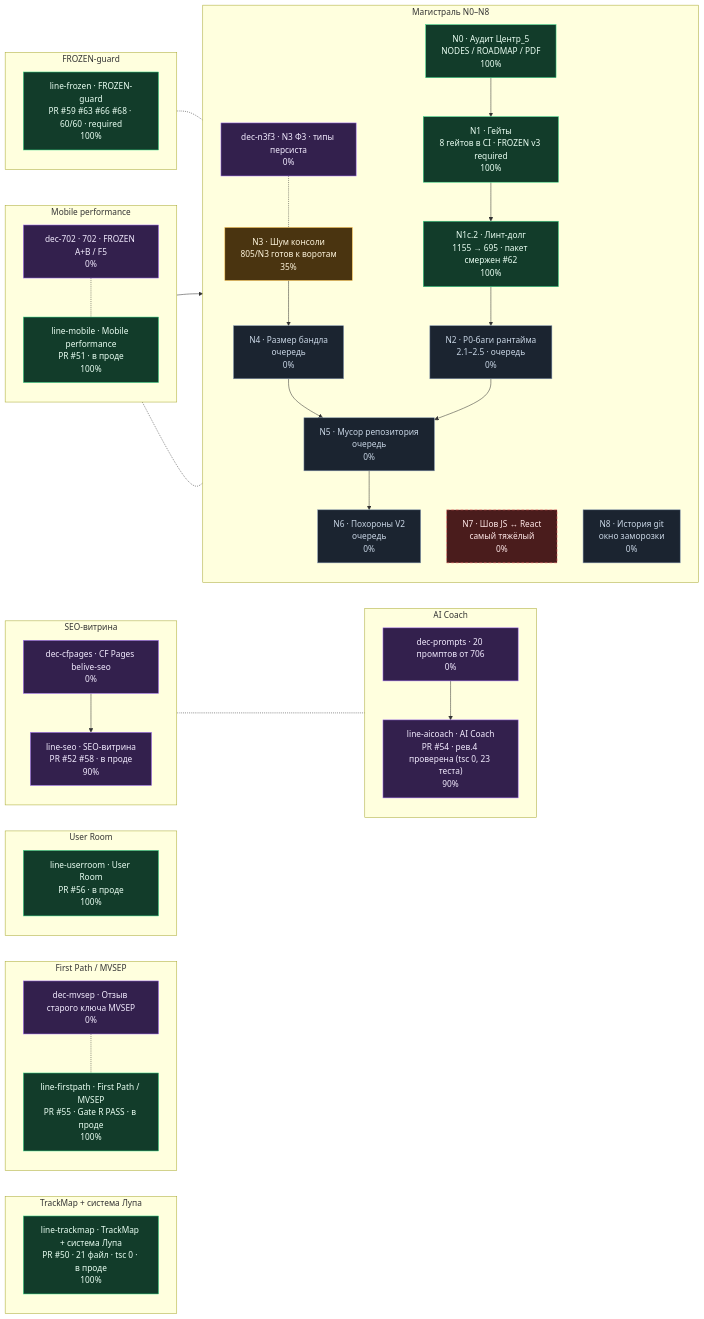
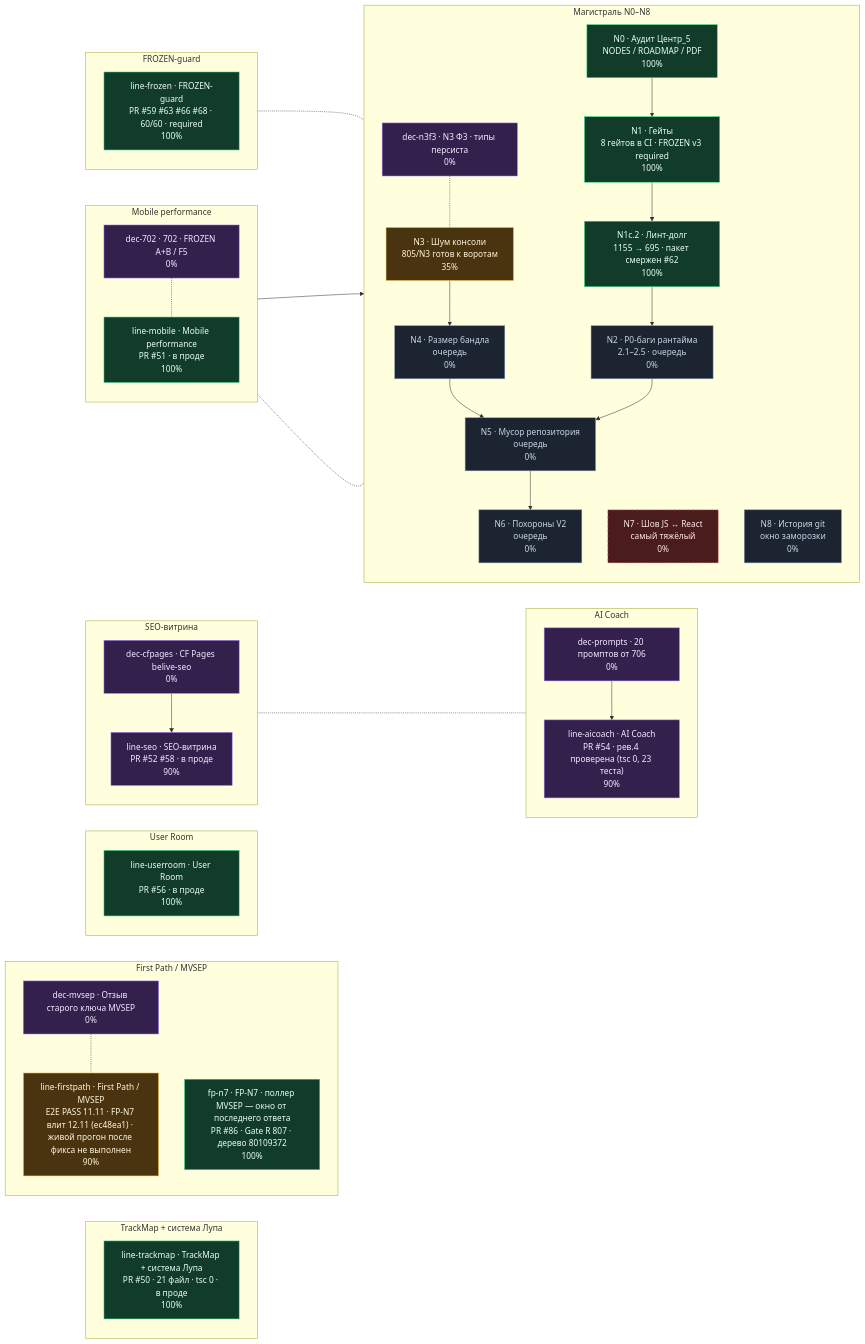
The diagram in docs/roadmap/ROADMAP.md (side-chaine/beLive), drawn with Mermaid before and after one commit. The commit also changed other lines of this file and 2 other files, not shown here.

First line of the commit message:
docs(roadmap): линия First Path — active 90% вместо ложного done, узел fp-n7

````diff
--- a/docs/roadmap/ROADMAP.md
+++ b/docs/roadmap/ROADMAP.md
@@ -12,81 +12,82 @@
 ```mermaid
 %% Единый граф · beLive · сплошная — жёсткая зависимость, пунктир — «связано»
 flowchart LR
   subgraph Dtrunk["Магистраль N0–N8"]
     direction TB
     N0["N0 · Аудит Центр_5<br/>NODES / ROADMAP / PDF<br/>100%"]:::done
     N1["N1 · Гейты<br/>8 гейтов в CI · FROZEN v3 required<br/>100%"]:::done
     N1c_2["N1c.2 · Линт-долг<br/>1155 → 695 · пакет смержен #62<br/>100%"]:::done
     N2["N2 · P0-баги рантайма<br/>2.1–2.5 · очередь<br/>0%"]:::queued
     N3["N3 · Шум консоли<br/>805/N3 готов к воротам<br/>35%"]:::active
     N4["N4 · Размер бандла<br/>очередь<br/>0%"]:::queued
     N5["N5 · Мусор репозитория<br/>очередь<br/>0%"]:::queued
     N6["N6 · Похороны V2<br/>очередь<br/>0%"]:::queued
     N7["N7 · Шов JS ↔ React<br/>самый тяжёлый<br/>0%"]:::risk
     N8["N8 · История git<br/>окно заморозки<br/>0%"]:::queued
     dec_n3f3["dec-n3f3 · N3 Ф3 · типы персиста<br/>0%"]:::waiting
   end
 
   subgraph Dtrackmap["TrackMap + система Лупа"]
     direction TB
     line_trackmap["line-trackmap · TrackMap + система Лупа<br/>PR #50 · 21 файл · tsc 0 · в проде<br/>100%"]:::done
   end
 
   subgraph Dfirstpath["First Path / MVSEP"]
     direction TB
     dec_mvsep["dec-mvsep · Отзыв старого ключа MVSEP<br/>0%"]:::waiting
-    line_firstpath["line-firstpath · First Path / MVSEP<br/>PR #55 · Gate R PASS · в проде<br/>100%"]:::done
+    line_firstpath["line-firstpath · First Path / MVSEP<br/>E2E PASS 11.11 · FP-N7 влит 12.11 (ec48ea1) · живой прогон после фикса не выполнен<br/>90%"]:::active
+    fp_n7["fp-n7 · FP-N7 · поллер MVSEP — окно от последнего ответа<br/>PR #86 · Gate R 807 · дерево 80109372<br/>100%"]:::done
   end
 
   subgraph Duserroom["User Room"]
     direction TB
     line_userroom["line-userroom · User Room<br/>PR #56 · в проде<br/>100%"]:::done
   end
 
   subgraph Dmobile["Mobile performance"]
     direction TB
     dec_702["dec-702 · 702 · FROZEN A+B / F5<br/>0%"]:::waiting
     line_mobile["line-mobile · Mobile performance<br/>PR #51 · в проде<br/>100%"]:::done
   end
 
   subgraph Dseo["SEO-витрина"]
     direction TB
     dec_cfpages["dec-cfpages · CF Pages belive-seo<br/>0%"]:::waiting
     line_seo["line-seo · SEO-витрина<br/>PR #52 #58 · в проде<br/>90%"]:::waiting
   end
 
   subgraph Daicoach["AI Coach"]
     direction TB
     dec_prompts["dec-prompts · 20 промптов от 706<br/>0%"]:::waiting
     line_aicoach["line-aicoach · AI Coach<br/>PR #54 · рев.4 проверена (tsc 0, 23 теста)<br/>90%"]:::waiting
   end
 
   subgraph Dfrozen["FROZEN-guard"]
     direction TB
     line_frozen["line-frozen · FROZEN-guard<br/>PR #59 #63 #66 #68 · 60/60 · required<br/>100%"]:::done
   end
 
   N0 --> N1
   N1 --> N1c_2
   N1c_2 --> N2
   N3 --> N4
   N4 --> N5
   N2 --> N5
   N5 --> N6
   dec_702 --> N2
   dec_prompts --> line_aicoach
   dec_cfpages --> line_seo
   dec_n3f3 -.- N3
   dec_mvsep -.- line_firstpath
   dec_702 -.- line_mobile
   line_seo -.- line_aicoach
   line_mobile -.- N2
   line_frozen -.- N1
 
   classDef done fill:#123c2a,stroke:#39d98a,color:#eafff3;
   classDef active fill:#4a3410,stroke:#ffc44d,color:#fff6de;
   classDef blocked fill:#4a1c1c,stroke:#ff6b6b,color:#ffe9e9;
   classDef waiting fill:#33204d,stroke:#a371f7,color:#f3ecff;
   classDef queued fill:#1b2430,stroke:#7f93ad,color:#c9d6e5;
   classDef risk fill:#4a1c1c,stroke:#ff6b6b,color:#ffe9e9,stroke-dasharray:5 4;
 ```
````
